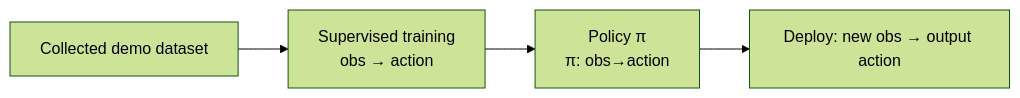
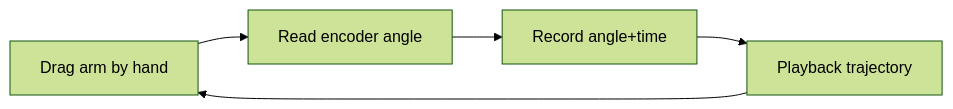
Before and after one commit to zizhengwang2026/Embodied-Intelligence-Learning: the diagram in study-log/2026-08-24-Data-Collection-and-Behavior-Cloning-en.md, drawn with Mermaid (forest theme). The commit also changed other lines of this file, not shown here.

Commit message:
Rewrite Day 11 en per plan: 047-050 real arm angles & record/playback (no military, DEA as cross-link)

````diff
--- a/study-log/2026-08-24-Data-Collection-and-Behavior-Cloning-en.md
+++ b/study-log/2026-08-24-Data-Collection-and-Behavior-Cloning-en.md
@@ -105,6 +47,7 @@
 ```mermaid
 flowchart LR
-    D[Collected demo dataset] --> T[Supervised training<br>obs → action]
-    T --> P[Policy π<br>π: obs→action]
-    P --> R[Deploy: new obs → output action]
+    MOVE[Drag arm by hand] --> READ[Read encoder angle]
+    READ --> REC[Record angle+time]
+    REC --> PLAY[Playback trajectory]
+    PLAY --> MOVE
 ```
````
